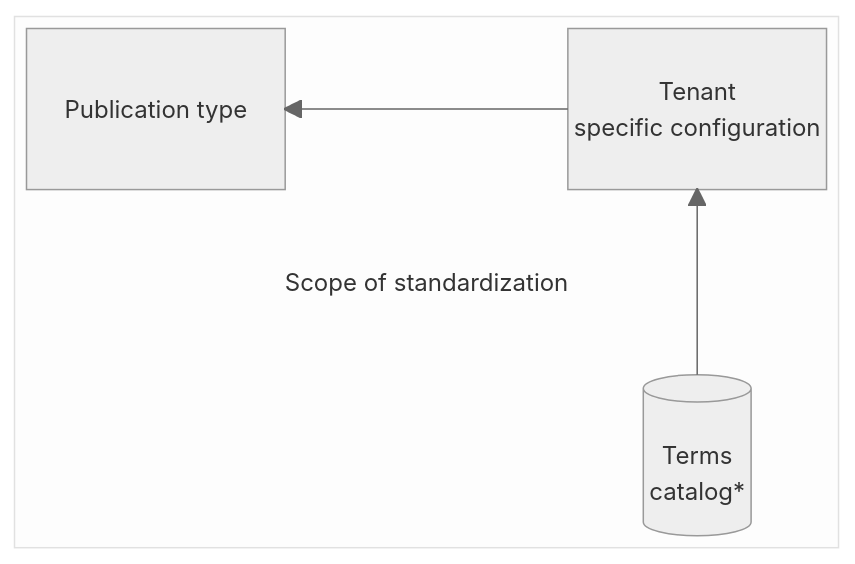
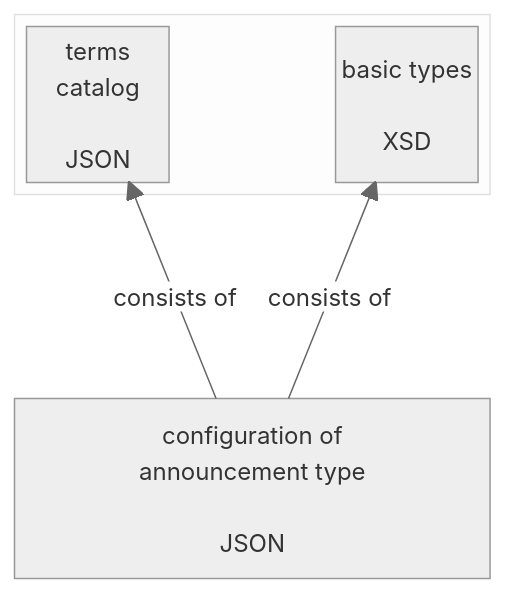
The diagram in README.md (officialgazette/announcement-model), drawn with Mermaid before and after one commit. The commit also changed other lines of this file, not shown here.

````diff
--- a/README.md
+++ b/README.md
@@ -3,28 +3,38 @@
 ```mermaid
 
 %%{
   init: {
     'theme': 'neutral'
   }
 }%%
 
 block-beta
+columns 3
 
-block:scope["Scope of standardization"]
+block:scope[" "]
 
-columns 3
-standard["Publication type"]:1
-space Terms["Tenant
-specific configuration"]
-space:3
-space space termDB[("
-Terms
-catalog*")]
+terms["terms
+catalog
+
+JSON"]:1
+space
+standard["basic types
+
+XSD"]
 
 end
+space:5
+
+config["configuration of
+announcement type
+
+JSON"]:1
+
+config --"consists of"--> standard
+config --"consists of"--> terms
 
 
 
-Terms --> standard
-termDB --> Terms
+
+
 ```
````
